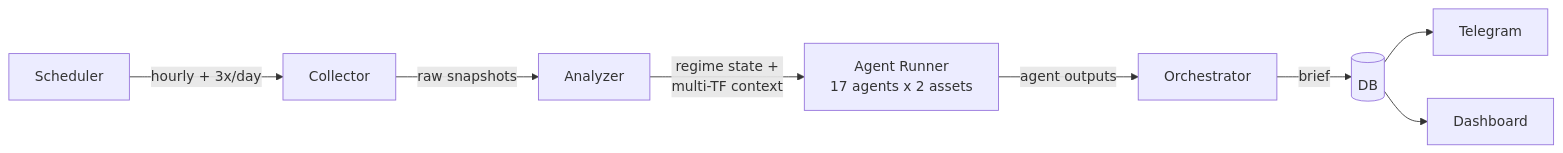
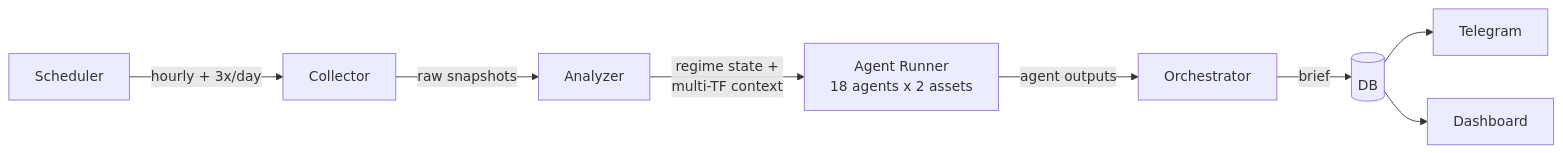
The diagram in README.md (vanya2h/market_intelligence), drawn with Mermaid before and after one commit. The commit also changed other lines of this file and 5 other files, not shown here.

````diff
--- a/README.md
+++ b/README.md
@@ -9,10 +9,10 @@
 ```mermaid
 graph LR
     S[Scheduler] -->|hourly + 3x/day| C[Collector]
     C -->|raw snapshots| A[Analyzer]
-    A -->|regime state +<br/>multi-TF context| R[Agent Runner<br/>17 agents x 2 assets]
+    A -->|regime state +<br/>multi-TF context| R[Agent Runner<br/>18 agents x 2 assets]
     R -->|agent outputs| O[Orchestrator]
     O -->|brief| DB[(DB)]
     DB --> T[Telegram]
     DB --> D[Dashboard]
 ```
````
